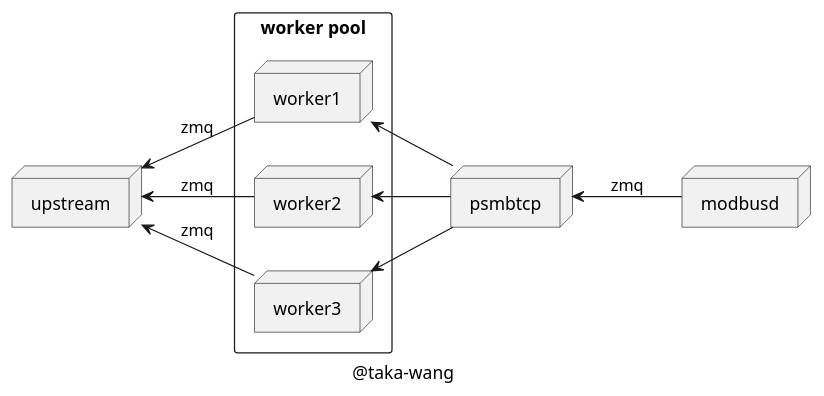
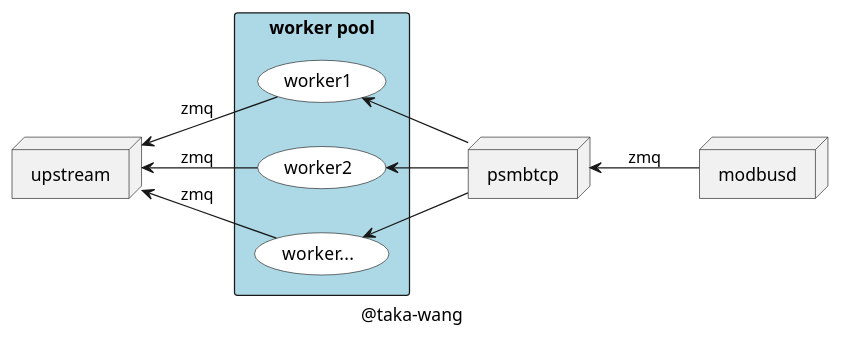
The diagram in deployment/d2u.puml (taka-wang/puml), drawn with PlantUML before and after one commit. The commit also changed 1 other file, not shown here.

Commit message:
update deployment diagram

```diff
--- a/deployment/d2u.puml
+++ b/deployment/d2u.puml
@@ -1,26 +1,28 @@
 @startuml
 
 node upstream
 node psmbtcp
-rectangle "worker pool" {
-    node worker1
-    node worker2
-    node worker3
+rectangle "worker pool" #LightBlue{
+    Usecase worker1 #FFF
+    Usecase worker2 #FFF
+    Usecase worker... #FFF
 }
 
 node modbusd
 
 left to right direction
 
 upstream <-- worker1 : zmq
 upstream <-- worker2 : zmq
-upstream <-- worker3 : zmq
+upstream <-- worker... : zmq
 worker1 <-- psmbtcp
 worker2 <-- psmbtcp
-worker3 <-- psmbtcp
+worker... <-- psmbtcp
 
 psmbtcp <-- modbusd : zmq
+
+
 
 caption @taka-wang
 
 @enduml
```
